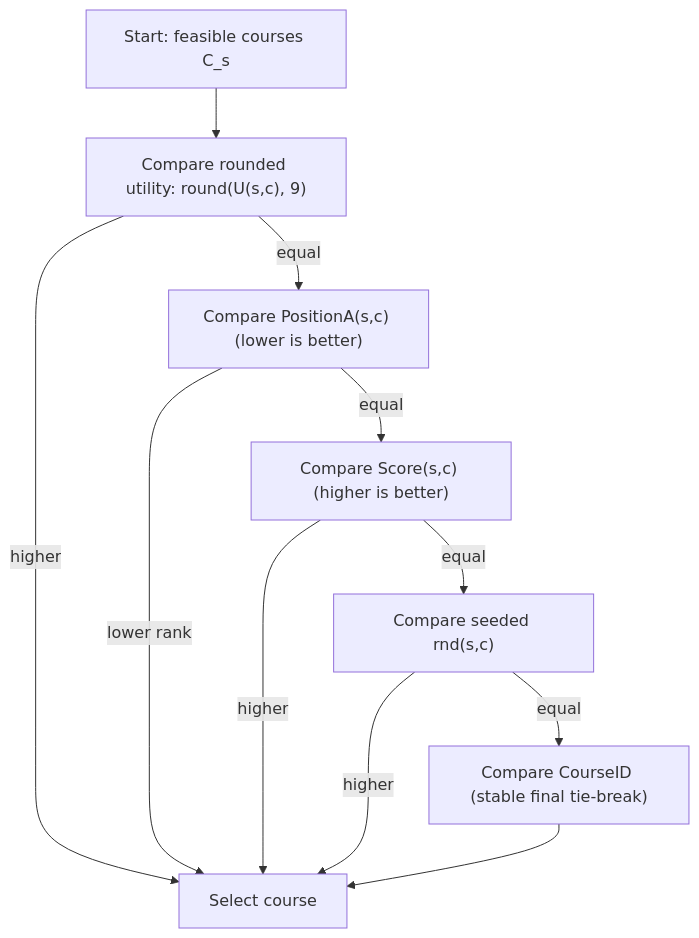
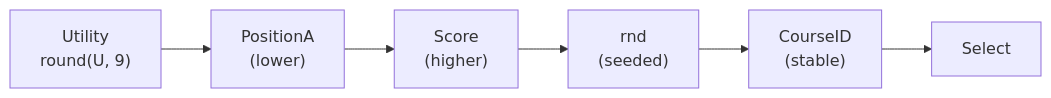
One commit to JosefSo/Course-Allocation-with-Friendships changed the diagram in README.md. Above: the diagram before and after it, drawn with Mermaid. The commit also changed other lines of this file, not shown here.

Commit message:
Remove tie-breaking flow diagram from README
Removed the tie-breaking flow section from the README.

````diff
--- a/README.md
+++ b/README.md
@@ -205,18 +203,10 @@
 ```mermaid
-flowchart TD
-    A["Start: feasible courses C_s"] --> B["Compare rounded utility: round(U(s,c), 9)"]
+flowchart LR
+    A["Utility<br/>round(U, 9)"]
+    B["PositionA<br/>(lower)"]
+    C["Score<br/>(higher)"]
+    D["rnd<br/>(seeded)"]
+    E["CourseID<br/>(stable)"]
 
-    B -->|higher| Z["Select course"]
-    B -->|equal| C["Compare PositionA(s,c) (lower is better)"]
-
-    C -->|lower rank| Z
-    C -->|equal| D["Compare Score(s,c) (higher is better)"]
-
-    D -->|higher| Z
-    D -->|equal| E["Compare seeded rnd(s,c)"]
-
-    E -->|higher| Z
-    E -->|equal| F["Compare CourseID (stable final tie-break)"]
-
-    F --> Z
+    A --> B --> C --> D --> E --> Z["Select"]
 ```
````
